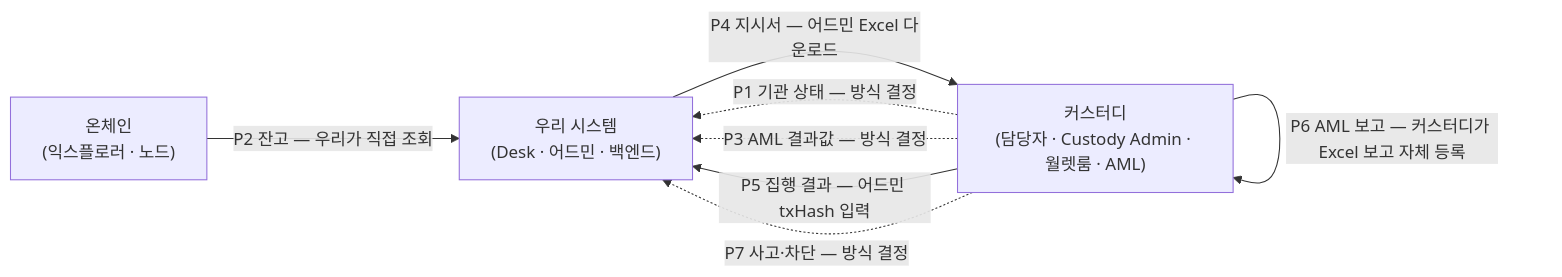
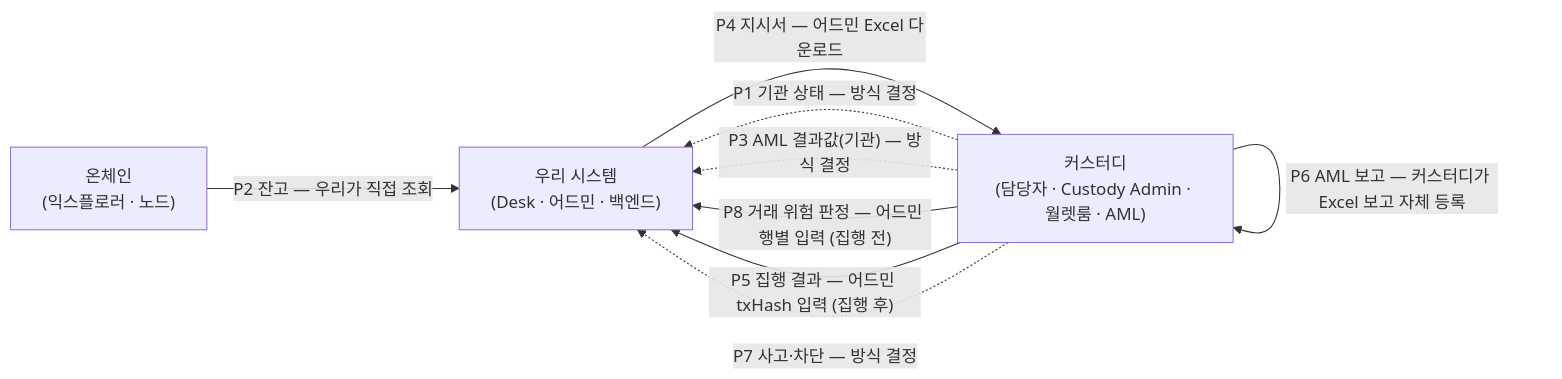
Before and after one commit to dsrvlabs/dsrv-desk: the fifth of 7 diagrams in drafts/36_플랫폼_커스터디_연동_범위_설명자료.md, drawn with Mermaid. The commit also changed other lines of this file and 1 other file, not shown here.

Commit message:
drafts/36 v3: P8 거래 위험 판정(집행 전 블랙리스트·KYT 심사 결과 → 어드민 행별 적정/보완/부적정 입력) 추가, 행 상태 전이·반환 행·고객 안내·D4·Q10 · drafts/35 v3 메모

````diff
--- a/drafts/36_플랫폼_커스터디_연동_범위_설명자료.md
+++ b/drafts/36_플랫폼_커스터디_연동_범위_설명자료.md
@@ -159,13 +177,14 @@
 ```mermaid
 flowchart LR
   US["우리 시스템<br/>(Desk · 어드민 · 백엔드)"]
   CU["커스터디<br/>(담당자 · Custody Admin · 월렛룸 · AML)"]
   CH["온체인<br/>(익스플로러 · 노드)"]
   CU -.->|"P1 기관 상태 — 방식 결정"| US
   CH -->|"P2 잔고 — 우리가 직접 조회"| US
-  CU -.->|"P3 AML 결과값 — 방식 결정"| US
+  CU -.->|"P3 AML 결과값(기관) — 방식 결정"| US
   US -->|"P4 지시서 — 어드민 Excel 다운로드"| CU
-  CU -->|"P5 집행 결과 — 어드민 txHash 입력"| US
+  CU -->|"P8 거래 위험 판정 — 어드민 행별 입력 (집행 전)"| US
+  CU -->|"P5 집행 결과 — 어드민 txHash 입력 (집행 후)"| US
   CU -->|"P6 AML 보고 — 커스터디가 Excel 보고 자체 등록"| CU
   CU -.->|"P7 사고·차단 — 방식 결정"| US
 ```
````
